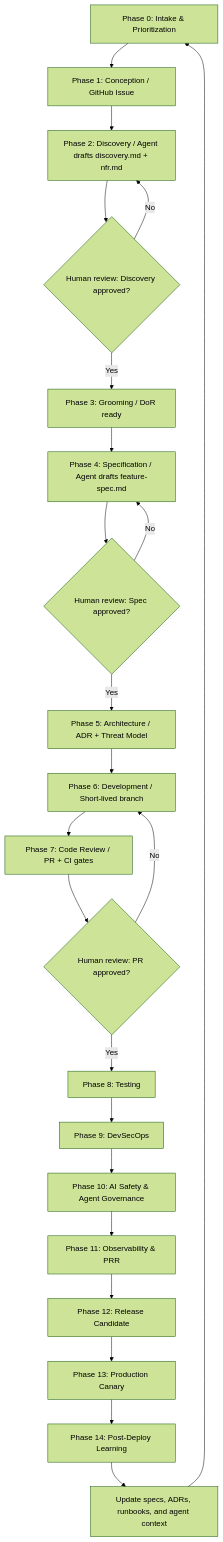
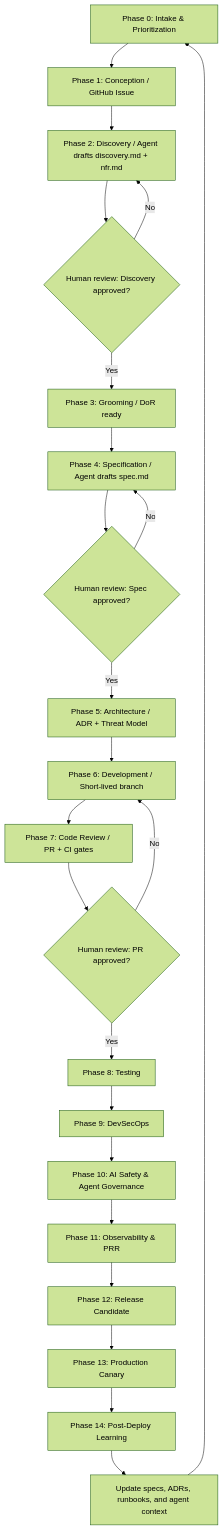
One commit to valdomirosouza/Spec-Agentic-SDLC changed the diagram in docs/sdlc/agentic-spec-driven-delivery.md. Above: the diagram before and after it, drawn with Mermaid (forest theme). The commit also changed other lines of this file and 22 other files, not shown here.

````diff
--- a/docs/sdlc/agentic-spec-driven-delivery.md
+++ b/docs/sdlc/agentic-spec-driven-delivery.md
@@ -59,25 +59,25 @@
 ```mermaid
 flowchart TD
     A[Phase 0: Intake & Prioritization] --> B[Phase 1: Conception / GitHub Issue]
     B --> C[Phase 2: Discovery / Agent drafts discovery.md + nfr.md]
     C --> D{Human review: Discovery approved?}
     D -- No --> C
     D -- Yes --> E[Phase 3: Grooming / DoR ready]
-    E --> F[Phase 4: Specification / Agent drafts feature-spec.md]
+    E --> F[Phase 4: Specification / Agent drafts spec.md]
     F --> G{Human review: Spec approved?}
     G -- No --> F
     G -- Yes --> H[Phase 5: Architecture / ADR + Threat Model]
     H --> I[Phase 6: Development / Short-lived branch]
     I --> J[Phase 7: Code Review / PR + CI gates]
     J --> K{Human review: PR approved?}
     K -- No --> I
     K -- Yes --> L[Phase 8: Testing]
     L --> M[Phase 9: DevSecOps]
     M --> N[Phase 10: AI Safety & Agent Governance]
     N --> O[Phase 11: Observability & PRR]
     O --> P[Phase 12: Release Candidate]
     P --> Q[Phase 13: Production Canary]
     Q --> R[Phase 14: Post-Deploy Learning]
     R --> S[Update specs, ADRs, runbooks, and agent context]
     S --> A
 ```
````
